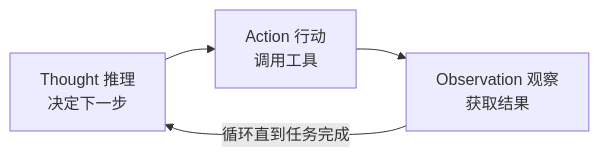
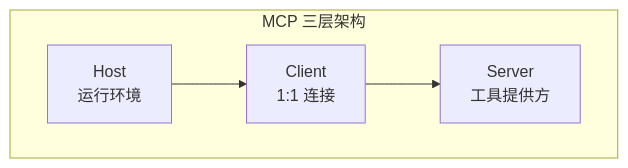
The diagram in agent-reading-notes.md (ronzl/harness-reading-notes), drawn with Mermaid before and after one commit. The commit also changed other lines of this file, not shown here.

````diff
--- a/agent-reading-notes.md
+++ b/agent-reading-notes.md
@@ -130,6 +154,7 @@
 ```mermaid
-graph LR
-    T[Thought 推理<br/>决定下一步] --> A[Action 行动<br/>调用工具]
-    A --> O[Observation 观察<br/>获取结果]
-    O -->|循环直到任务完成| T
+graph TD
+    subgraph MCP_Arch[MCP 三层架构]
+        H[Host<br/>运行环境] --> C[Client<br/>1:1 连接]
+        C --> S[Server<br/>工具提供方]
+    end
 ```
````
